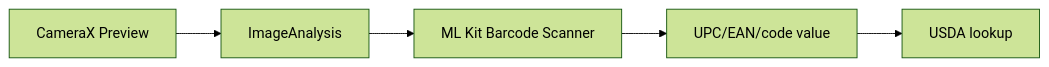
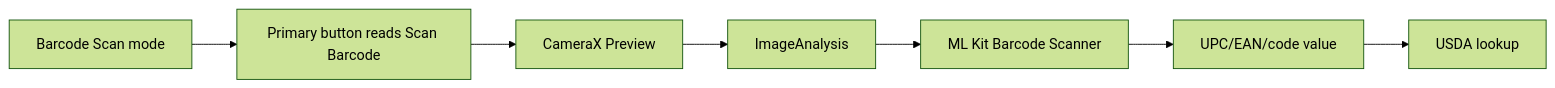
The third of 3 diagrams in documentation/03-camera-ocr-barcode.md (benevolentbandwidth/ultraprocessed), drawn with Mermaid (forest theme) before and after one commit. The commit also changed other lines of this file and 127 other files, not shown here.

````diff
--- a/documentation/03-camera-ocr-barcode.md
+++ b/documentation/03-camera-ocr-barcode.md
@@ -41,7 +42,9 @@
 ```mermaid
 flowchart LR
-    Preview[CameraX Preview] --> Analyzer[ImageAnalysis]
+    Mode[Barcode Scan mode] --> CTA[Primary button reads Scan Barcode]
+    CTA --> Preview[CameraX Preview]
+    Preview --> Analyzer[ImageAnalysis]
     Analyzer --> MLKit[ML Kit Barcode Scanner]
     MLKit --> Code[UPC/EAN/code value]
     Code --> USDA[USDA lookup]
 ```
````
